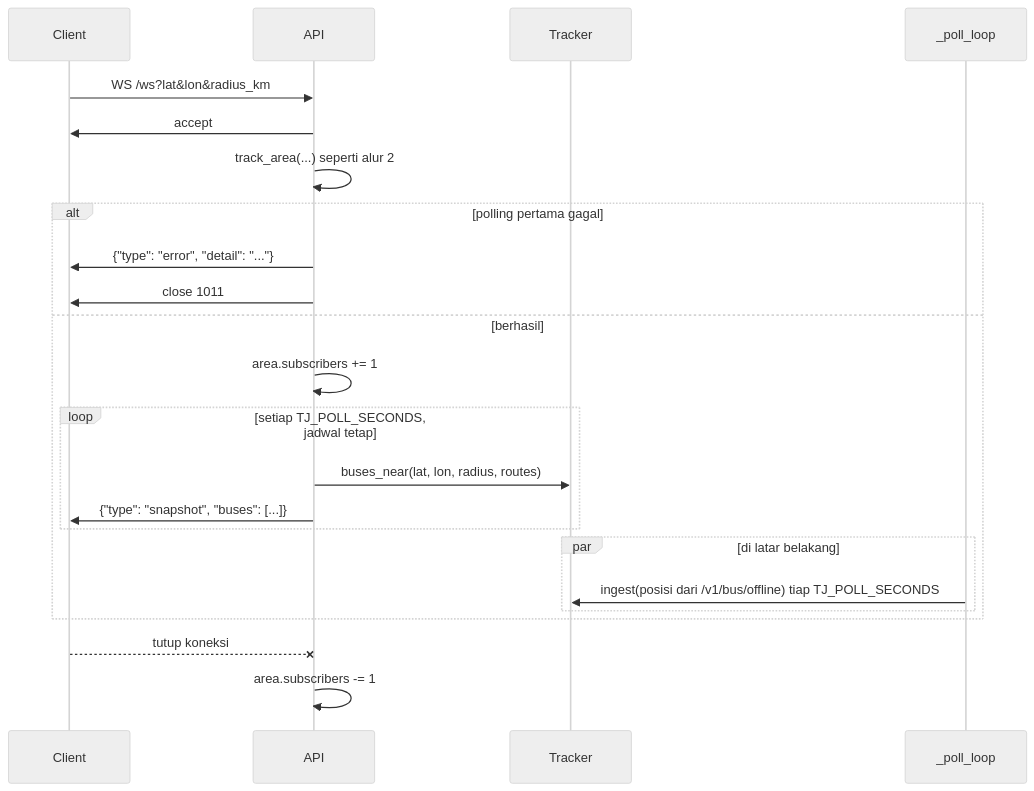
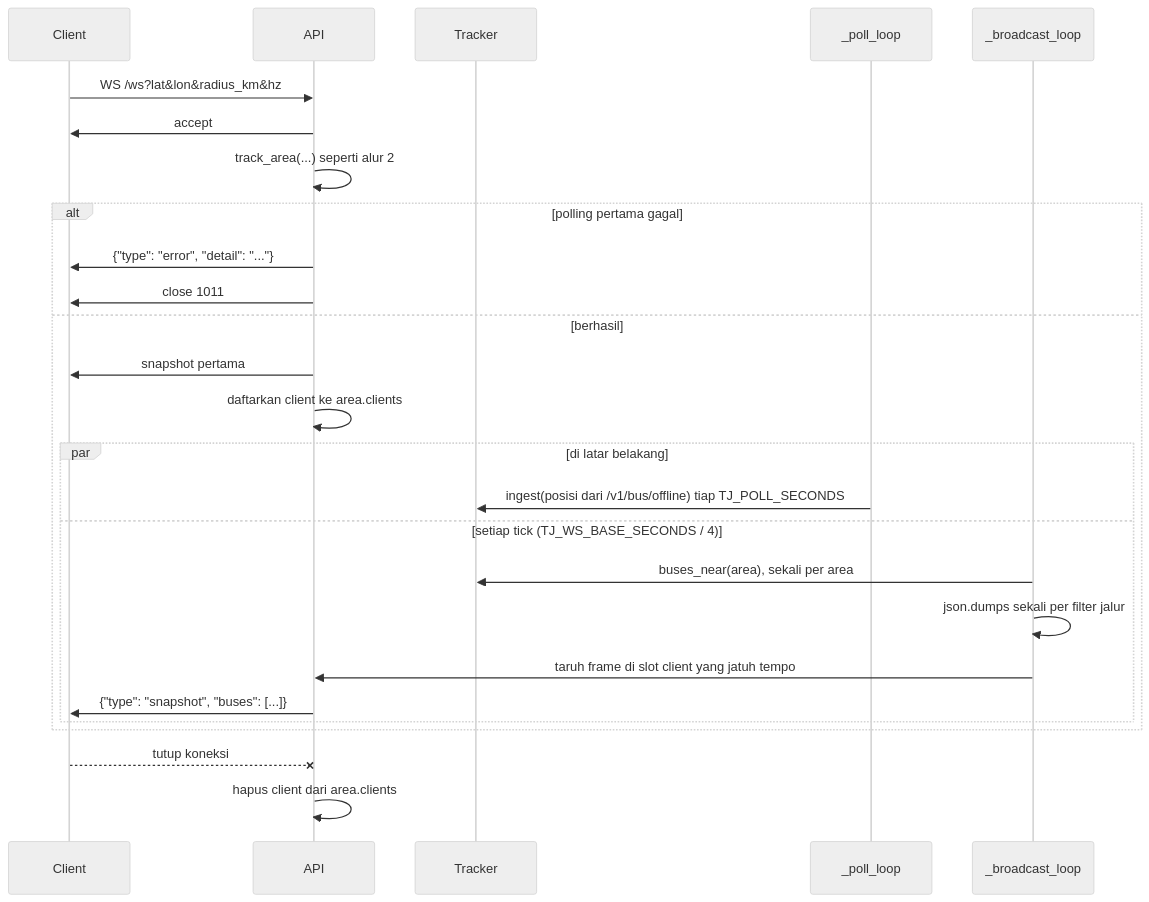
Before and after one commit to animemoeus/tije-api: the third of 6 diagrams in docs/backend/05-alur-end-to-end.md, drawn with Mermaid (neutral theme). The commit also changed other lines of this file and 15 other files, not shown here.

````diff
--- a/docs/backend/05-alur-end-to-end.md
+++ b/docs/backend/05-alur-end-to-end.md
@@ -151,26 +151,29 @@
 ```mermaid
 sequenceDiagram
     participant C as Client
     participant API
     participant TR as Tracker
     participant P as _poll_loop
+    participant B as _broadcast_loop
 
-    C->>API: WS /ws?lat&lon&radius_km
+    C->>API: WS /ws?lat&lon&radius_km&hz
     API->>C: accept
     API->>API: track_area(...) seperti alur 2
     alt polling pertama gagal
         API->>C: {"type": "error", "detail": "..."}
         API->>C: close 1011
     else berhasil
-        API->>API: area.subscribers += 1
-        loop setiap TJ_POLL_SECONDS, jadwal tetap
-            API->>TR: buses_near(lat, lon, radius, routes)
-            API->>C: {"type": "snapshot", "buses": [...]}
-        end
+        API->>C: snapshot pertama
+        API->>API: daftarkan client ke area.clients
         par di latar belakang
             P->>TR: ingest(posisi dari /v1/bus/offline) tiap TJ_POLL_SECONDS
+        and setiap tick (TJ_WS_BASE_SECONDS / 4)
+            B->>TR: buses_near(area), sekali per area
+            B->>B: json.dumps sekali per filter jalur
+            B->>API: taruh frame di slot client yang jatuh tempo
+            API->>C: {"type": "snapshot", "buses": [...]}
         end
     end
     C--xAPI: tutup koneksi
-    API->>API: area.subscribers -= 1
+    API->>API: hapus client dari area.clients
 ```
````
